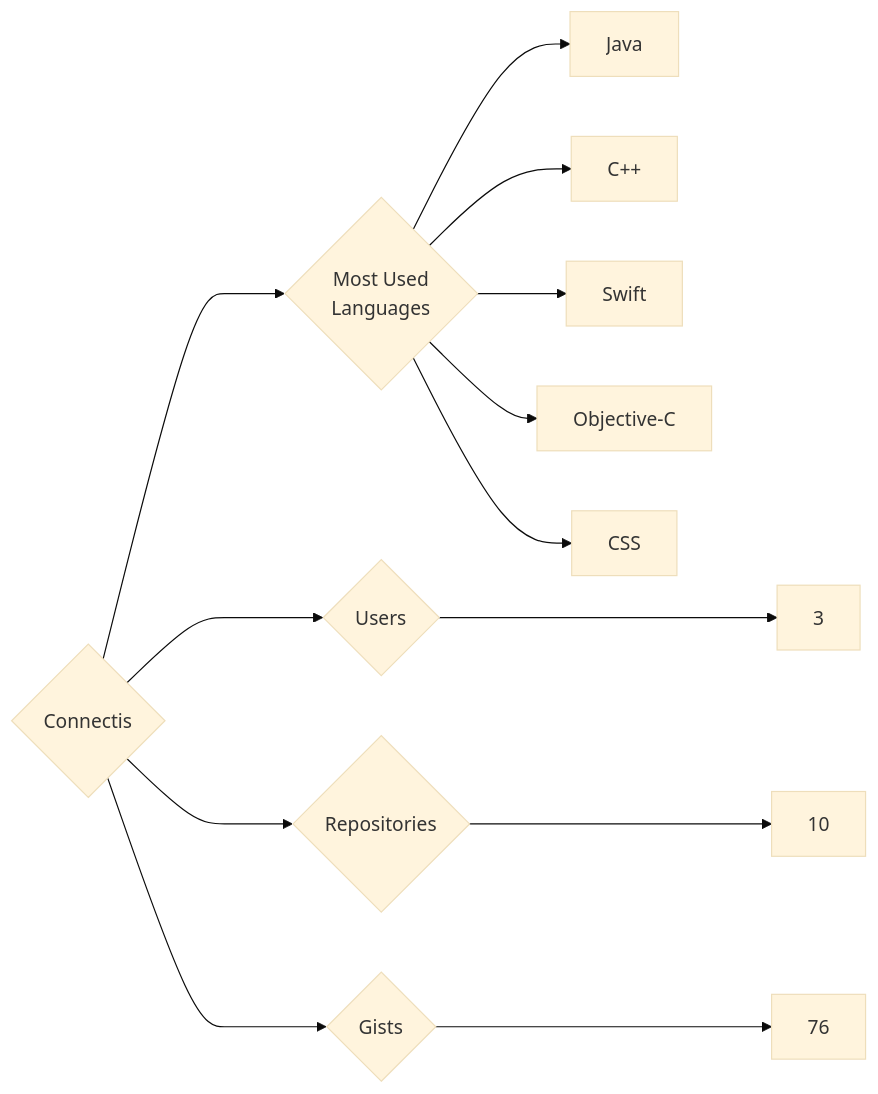
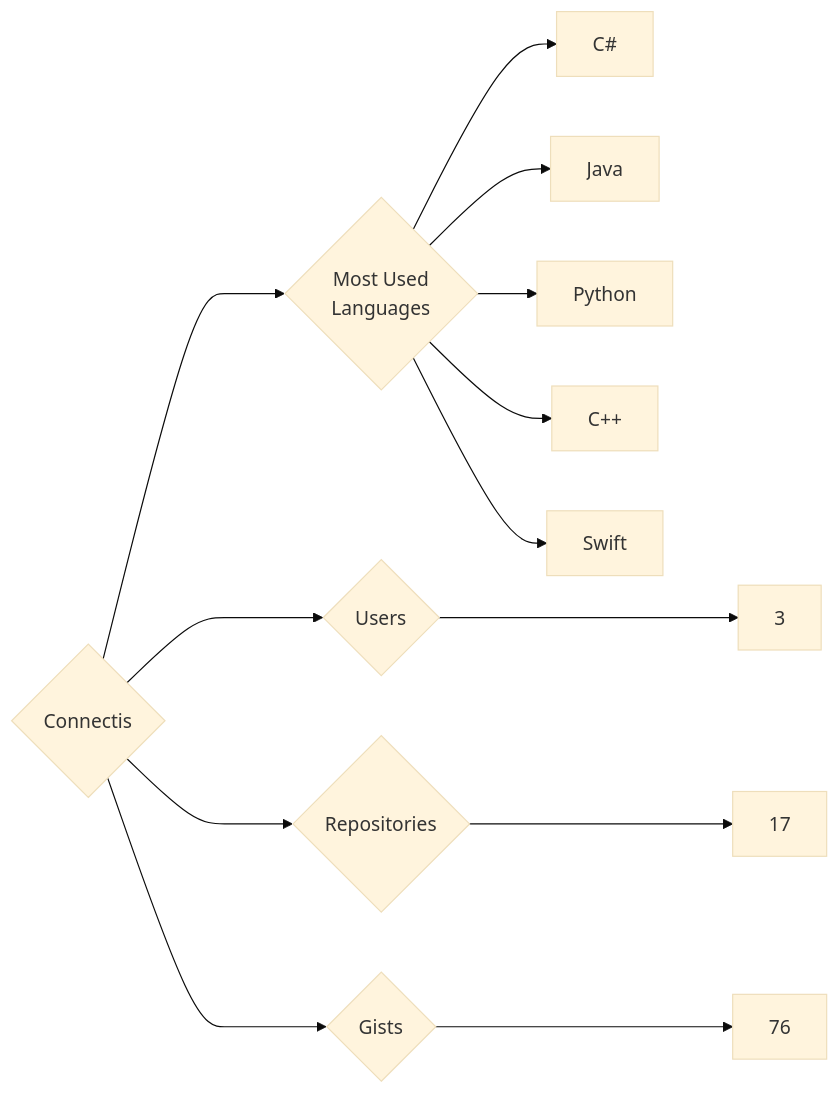
One commit to trickest/insiders changed the diagram in targets/Connectis/README.md. Above: the diagram before and after it, drawn with Mermaid (base theme). The commit also changed 1089 other files, not shown here.

````diff
--- a/targets/Connectis/README.md
+++ b/targets/Connectis/README.md
@@ -3,13 +3,13 @@
 ```mermaid
 graph LR
 COMPANY_NAME{Connectis}
 COMPANY_NAME ---> U{Users} ---> UN[3]
-COMPANY_NAME ---> R{Repositories} ---> RN[10]
+COMPANY_NAME ---> R{Repositories} ---> RN[17]
 COMPANY_NAME ---> G{Gists} ---> GN[76]
 COMPANY_NAME ---> ML{Most Used<br>Languages}
+ML --> C#[C#]
 ML --> Java[Java]
+ML --> Python[Python]
 ML --> C++[C++]
 ML --> Swift[Swift]
-ML --> Objective-C[Objective-C]
-ML --> CSS[CSS]
 ```
````
